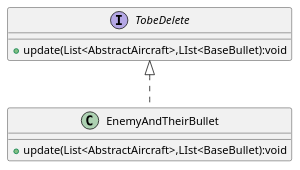
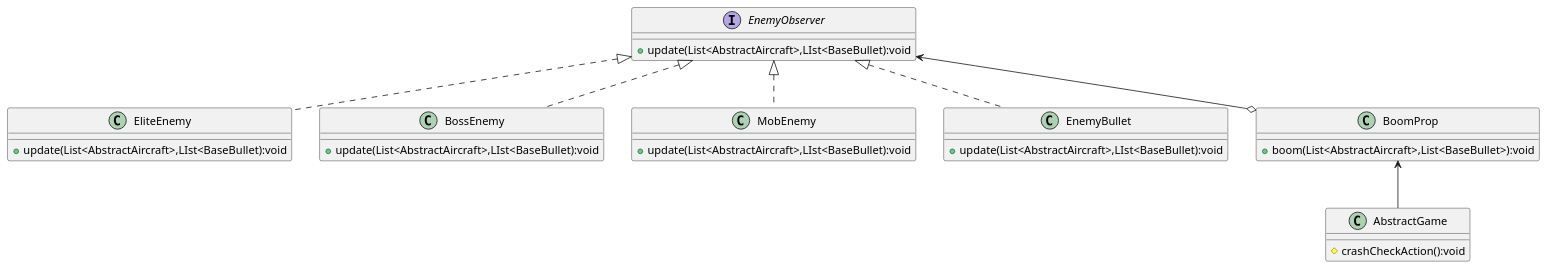
The diagram in uml/TheWatcher.puml (violence-max/GameAircraft), drawn with PlantUML before and after one commit. The commit also changed 8 other files, not shown here.

```diff
--- a/uml/TheWatcher.puml
+++ b/uml/TheWatcher.puml
@@ -1,14 +1,41 @@
 @startuml
 'https://plantuml.com/class-diagram
 
-class EnemyAndTheirBullet{
+class EliteEnemy{
     + update(List<AbstractAircraft>,LIst<BaseBullet):void
 }
 
-interface TobeDelete{
+class BossEnemy{
+    + update(List<AbstractAircraft>,LIst<BaseBullet):void
+}
+
+class MobEnemy{
+    + update(List<AbstractAircraft>,LIst<BaseBullet):void
+}
+
+class EnemyBullet{
+    + update(List<AbstractAircraft>,LIst<BaseBullet):void
+}
+
+interface EnemyObserver{
         + update(List<AbstractAircraft>,LIst<BaseBullet):void
 }
 
-TobeDelete <|.. EnemyAndTheirBullet
+class AbstractGame{
+    # crashCheckAction():void
+}
+
+class BoomProp{
+    + boom(List<AbstractAircraft>,List<BaseBullet>):void
+}
+
+EnemyObserver <|.. EliteEnemy
+EnemyObserver <|.. EnemyBullet
+EnemyObserver <|.. BossEnemy
+EnemyObserver <|.. MobEnemy
+
+EnemyObserver <--o BoomProp
+
+BoomProp <-- AbstractGame
 
 @enduml
```
